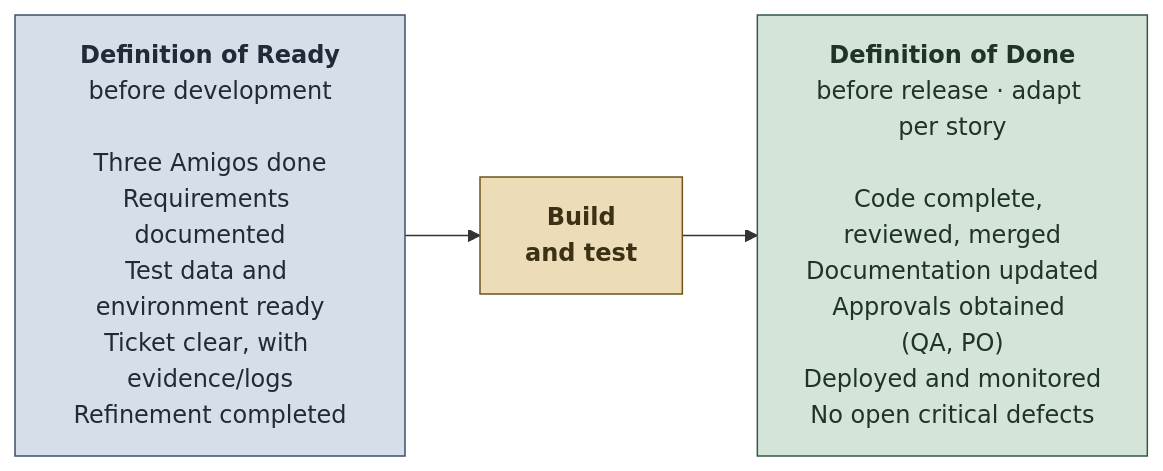
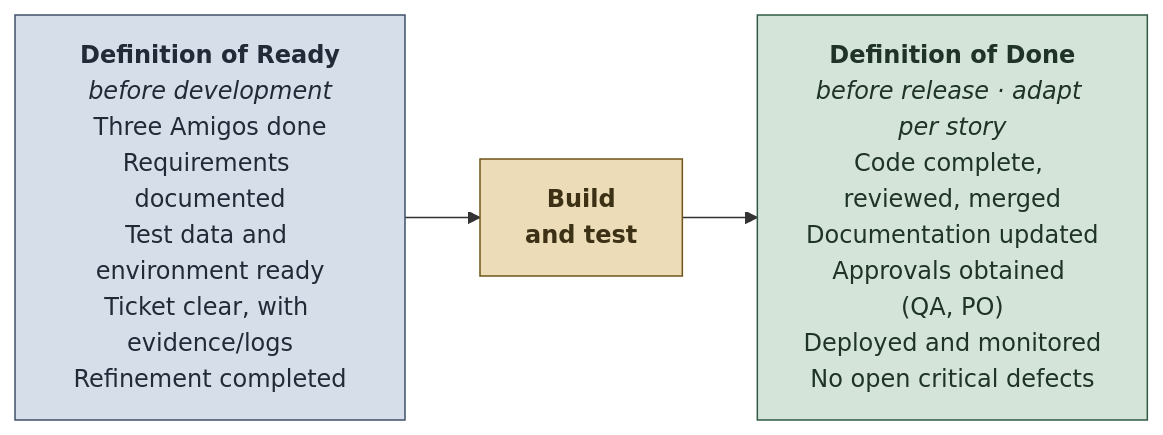
One commit to paulamarcondes/QA_Playbook changed the diagram in templates/definition-of-ready-done-template.md. Above: the diagram before and after it, drawn with Mermaid. The commit also changed 6 other files, not shown here.

Commit message:
Fix diagrams and Dijkstra link

````diff
--- a/templates/definition-of-ready-done-template.md
+++ b/templates/definition-of-ready-done-template.md
@@ -11,10 +11,25 @@
 ```mermaid
 flowchart LR
-    DoR["<b>Definition of Ready</b><br/>before development<br/><br/>Three Amigos done<br/>Requirements documented<br/>Test data and environment ready<br/>Ticket clear, with evidence/logs<br/>Refinement completed"]:::ready
-    WORK["<b>Build<br/>and test</b>"]:::work
-    DoD["<b>Definition of Done</b><br/>before release · adapt per story<br/><br/>Code complete, reviewed, merged<br/>Documentation updated<br/>Approvals obtained (QA, PO)<br/>Deployed and monitored<br/>No open critical defects"]:::done
+    DoR["`**Definition of Ready**
+*before development*
+
+Three Amigos done
+Requirements documented
+Test data and environment ready
+Ticket clear, with evidence/logs
+Refinement completed`"]:::ready
+    WORK["`**Build
+and test**`"]:::work
+    DoD["`**Definition of Done**
+*before release · adapt per story*
+
+Code complete, reviewed, merged
+Documentation updated
+Approvals obtained (QA, PO)
+Deployed and monitored
+No open critical defects`"]:::done
     DoR --> WORK --> DoD
     classDef ready fill:#d6deea,stroke:#3f4f68,color:#222a38;
     classDef work  fill:#ecdcb8,stroke:#6e5418,color:#3d3115;
     classDef done  fill:#d4e4d8,stroke:#2f5a43,color:#1f3329;
 ```
````
